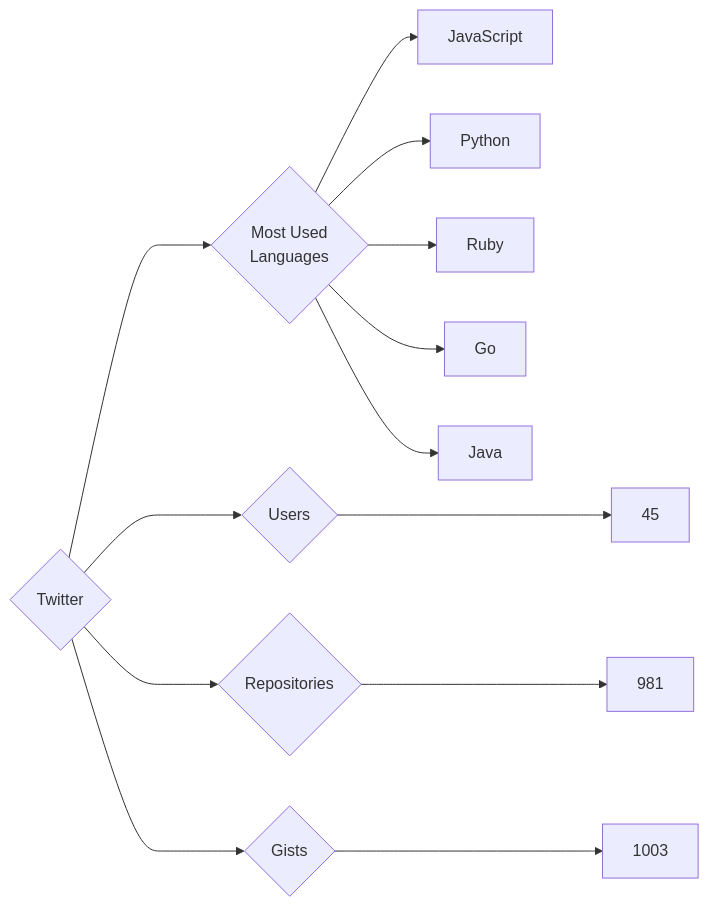
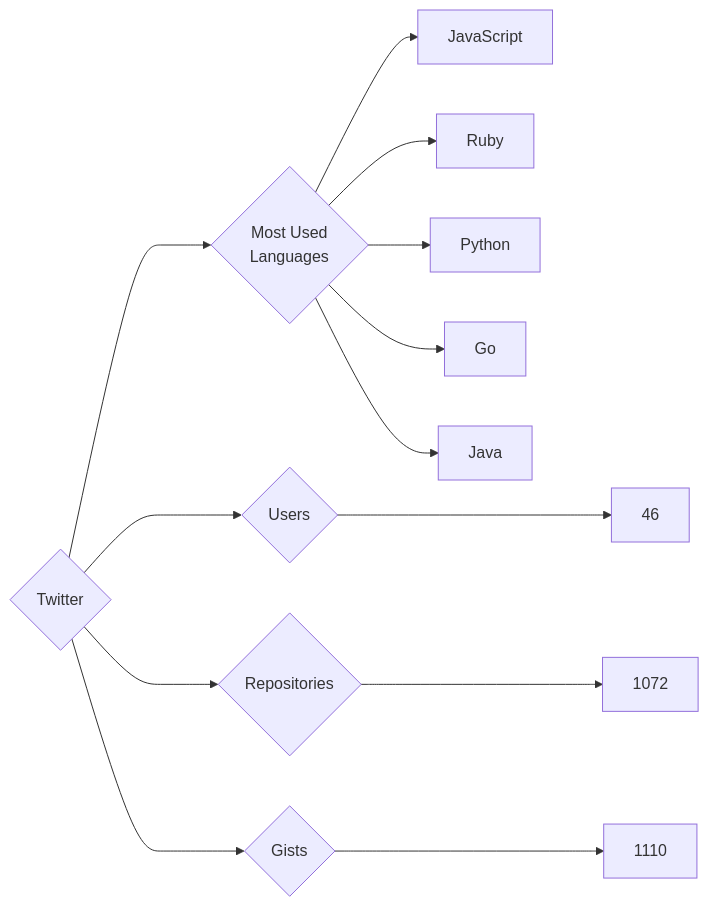
One commit to trickest/insiders changed the diagram in targets/Twitter/README.md. Above: the diagram before and after it, drawn with Mermaid. The commit also changed 972 other files, not shown here.

````diff
--- a/targets/Twitter/README.md
+++ b/targets/Twitter/README.md
@@ -3,13 +3,13 @@
 ```mermaid
 graph LR
 COMPANY_NAME{Twitter}
-COMPANY_NAME ---> U{Users} ---> UN[45]
-COMPANY_NAME ---> R{Repositories} ---> RN[981]
-COMPANY_NAME ---> G{Gists} ---> GN[1003]
+COMPANY_NAME ---> U{Users} ---> UN[46]
+COMPANY_NAME ---> R{Repositories} ---> RN[1072]
+COMPANY_NAME ---> G{Gists} ---> GN[1110]
 COMPANY_NAME ---> ML{Most Used<br>Languages}
 ML --> JavaScript[JavaScript]
+ML --> Ruby[Ruby]
 ML --> Python[Python]
-ML --> Ruby[Ruby]
 ML --> Go[Go]
 ML --> Java[Java]
 ```
````
